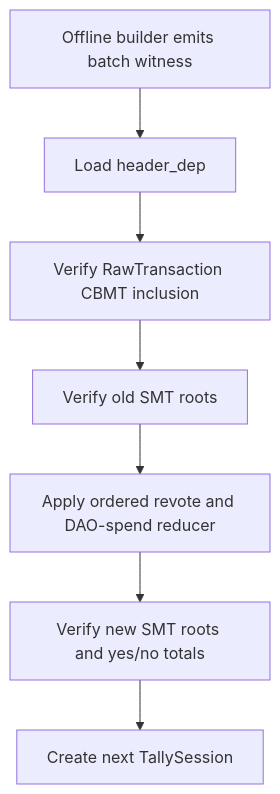
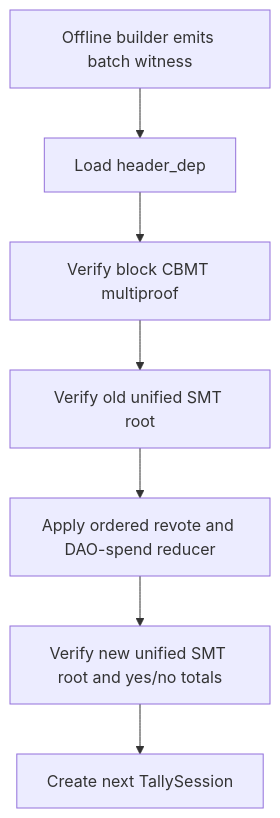
Before and after one commit to chenyukang/ckb-treasury-lab: the third of 3 diagrams in docs/on-chain-voting-with-batch-settlement.md, drawn with Mermaid. The commit also changed other lines of this file and 12 other files, not shown here.

````diff
--- a/docs/on-chain-voting-with-batch-settlement.md
+++ b/docs/on-chain-voting-with-batch-settlement.md
@@ -126,9 +136,9 @@
 ```mermaid
 flowchart TD
     W["Offline builder emits batch witness"] --> H["Load header_dep"]
-    H --> M["Verify RawTransaction CBMT inclusion"]
-    M --> O["Verify old SMT roots"]
+    H --> M["Verify block CBMT multiproof"]
+    M --> O["Verify old unified SMT root"]
     O --> D["Apply ordered revote and DAO-spend reducer"]
-    D --> N["Verify new SMT roots and yes/no totals"]
+    D --> N["Verify new unified SMT root and yes/no totals"]
     N --> Q["Create next TallySession"]
 ```
````
